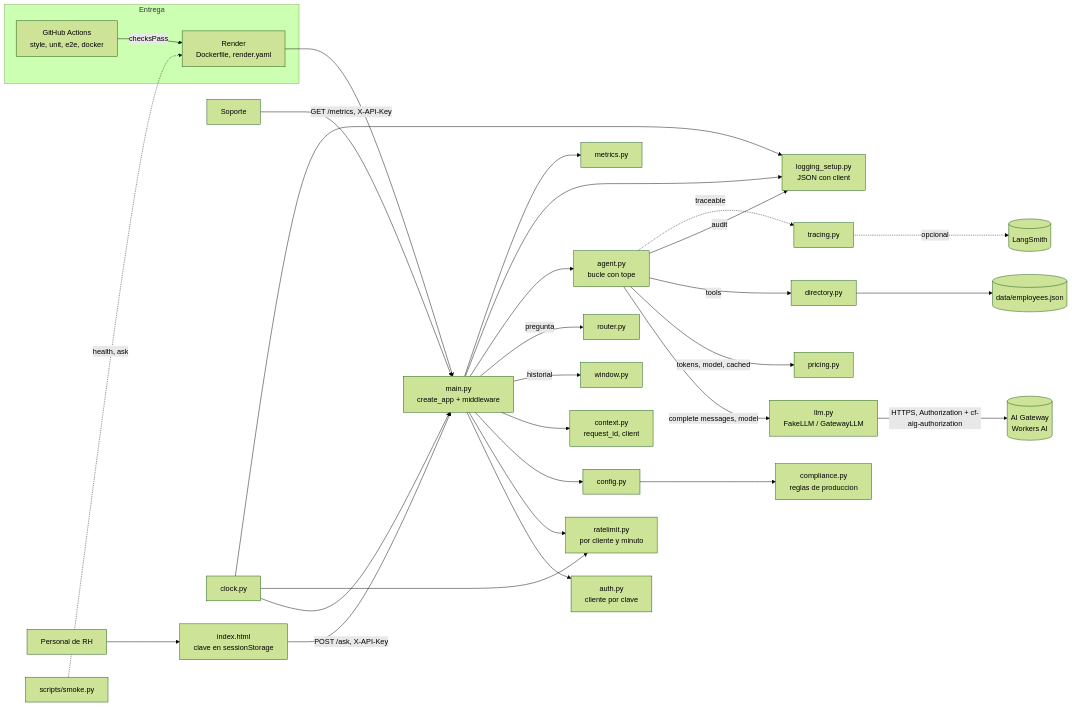
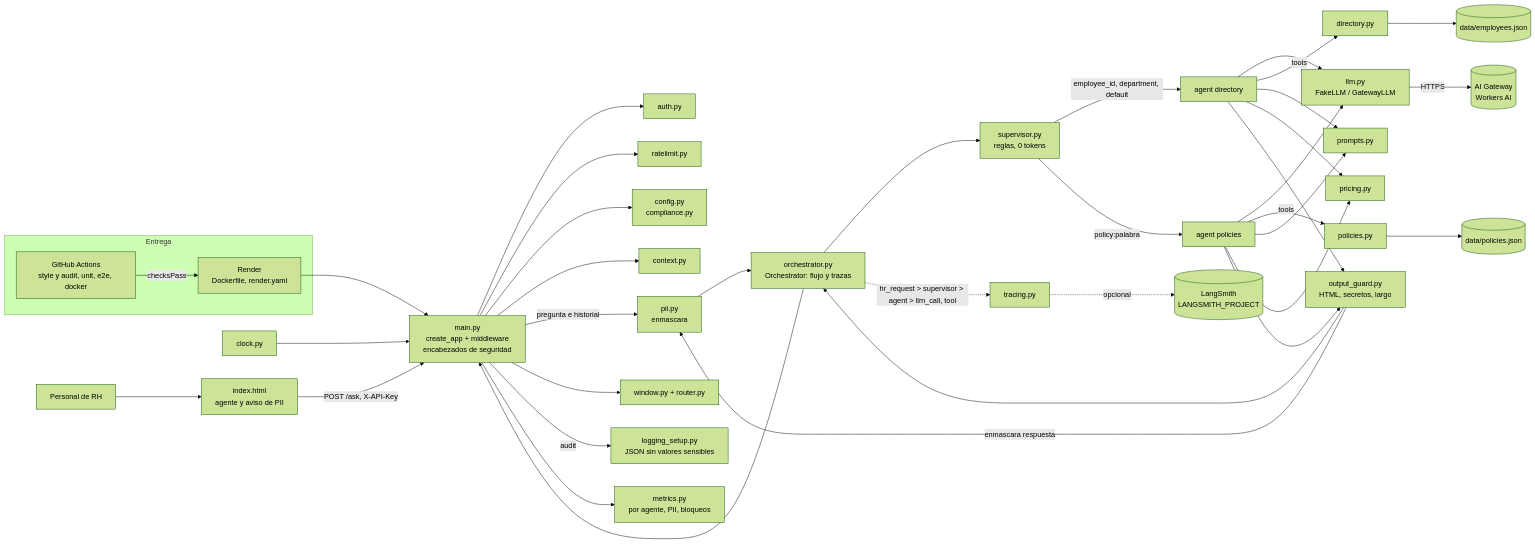
One commit to Nicolatus95/hr-assistant changed the diagram in doc/architecture.md. Above: the diagram before and after it, drawn with Mermaid (forest theme). The commit also changed other lines of this file and 45 other files, not shown here.

First line of the commit message:
feat: supervisor multi-agente con PII, validación de salida y trazas

````diff
--- a/doc/architecture.md
+++ b/doc/architecture.md
@@ -8,32 +9,40 @@
 ```mermaid
 flowchart LR
-    U[Personal de RH] --> W[index.html<br/>clave en sessionStorage]
-    W -- POST /ask, X-API-Key --> M[main.py<br/>create_app + middleware]
-    M --> AU[auth.py<br/>cliente por clave]
-    M --> RL[ratelimit.py<br/>por cliente y minuto]
-    M --> C[config.py]
-    C --> CP[compliance.py<br/>reglas de produccion]
-    M --> X[context.py<br/>request_id, client]
-    M -- historial --> H[window.py]
-    M -- pregunta --> RT[router.py]
-    M --> A[agent.py<br/>bucle con tope]
-    A -- complete messages, model --> L[llm.py<br/>FakeLLM / GatewayLLM]
-    L -- HTTPS, Authorization + cf-aig-authorization --> GW[(AI Gateway<br/>Workers AI)]
-    A -- tokens, model, cached --> P[pricing.py]
-    A -- tools --> D[directory.py]
+    U[Personal de RH] --> W[index.html<br/>agente y aviso de PII]
+    W -- POST /ask, X-API-Key --> M[main.py<br/>create_app + middleware<br/>encabezados de seguridad]
+    M --> AU[auth.py]
+    M --> RL[ratelimit.py]
+    M --> C[config.py<br/>compliance.py]
+    M --> X[context.py]
+    M -- pregunta e historial --> PII[pii.py<br/>enmascara]
+    PII --> O[orchestrator.py<br/>Orchestrator: flujo y trazas]
+    O --> S[supervisor.py<br/>reglas, 0 tokens]
+    S -- employee_id, department, default --> AD[agent directory]
+    S -- policy:palabra --> AP[agent policies]
+    M --> H[window.py + router.py]
+    AD --> L[llm.py<br/>FakeLLM / GatewayLLM]
+    AP --> L
+    L -- HTTPS --> GW[(AI Gateway<br/>Workers AI)]
+    AD -- tools --> D[directory.py]
     D --> J[(data/employees.json)]
-    M --> G[logging_setup.py<br/>JSON con client]
-    A -- audit --> G
-    M --> T[metrics.py]
-    U2[Soporte] -- GET /metrics, X-API-Key --> M
-    A -. traceable .-> R[tracing.py]
-    R -. opcional .-> S[(LangSmith)]
+    AP -- tools --> PO[policies.py]
+    PO --> PJ[(data/policies.json)]
+    AD --> PR[prompts.py]
+    AP --> PR
+    AD --> P[pricing.py]
+    AP --> P
+    AD --> OG[output_guard.py<br/>HTML, secretos, largo]
+    AP --> OG
+    OG -- enmascara respuesta --> PII
+    OG --> O
+    O --> M
+    M -- audit --> G[logging_setup.py<br/>JSON sin valores sensibles]
+    M --> T[metrics.py<br/>por agente, PII, bloqueos]
+    O -. hr_request > supervisor > agent > llm_call, tool .-> R[tracing.py]
+    R -. opcional .-> LS[(LangSmith<br/>LANGSMITH_PROJECT)]
     K[clock.py] --> M
-    K --> RL
-    K --> G
     subgraph Entrega
-        GH[GitHub Actions<br/>style, unit, e2e, docker] -- checksPass --> RN[Render<br/>Dockerfile, render.yaml]
+        GH[GitHub Actions<br/>style y audit, unit, e2e, docker] -- checksPass --> RN[Render<br/>Dockerfile, render.yaml]
     end
     RN --> M
-    SM[scripts/smoke.py] -. health, ask .-> RN
 ```
````
